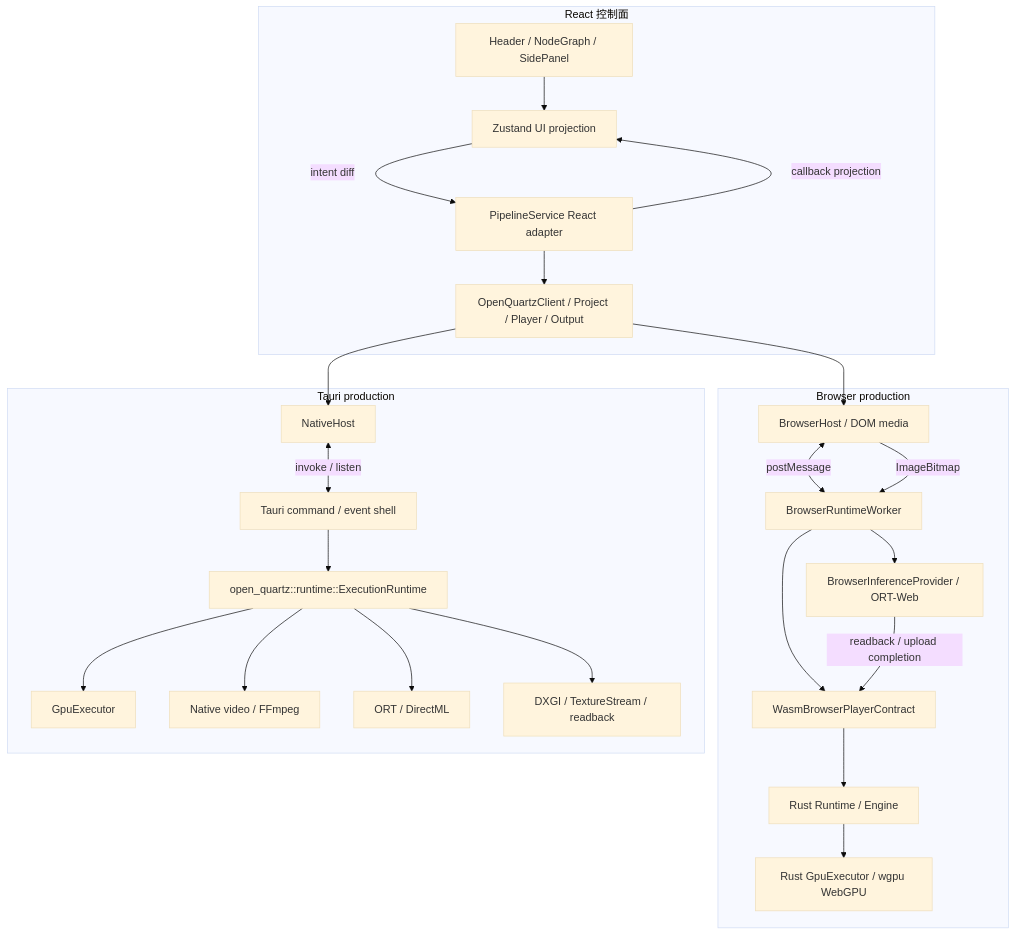
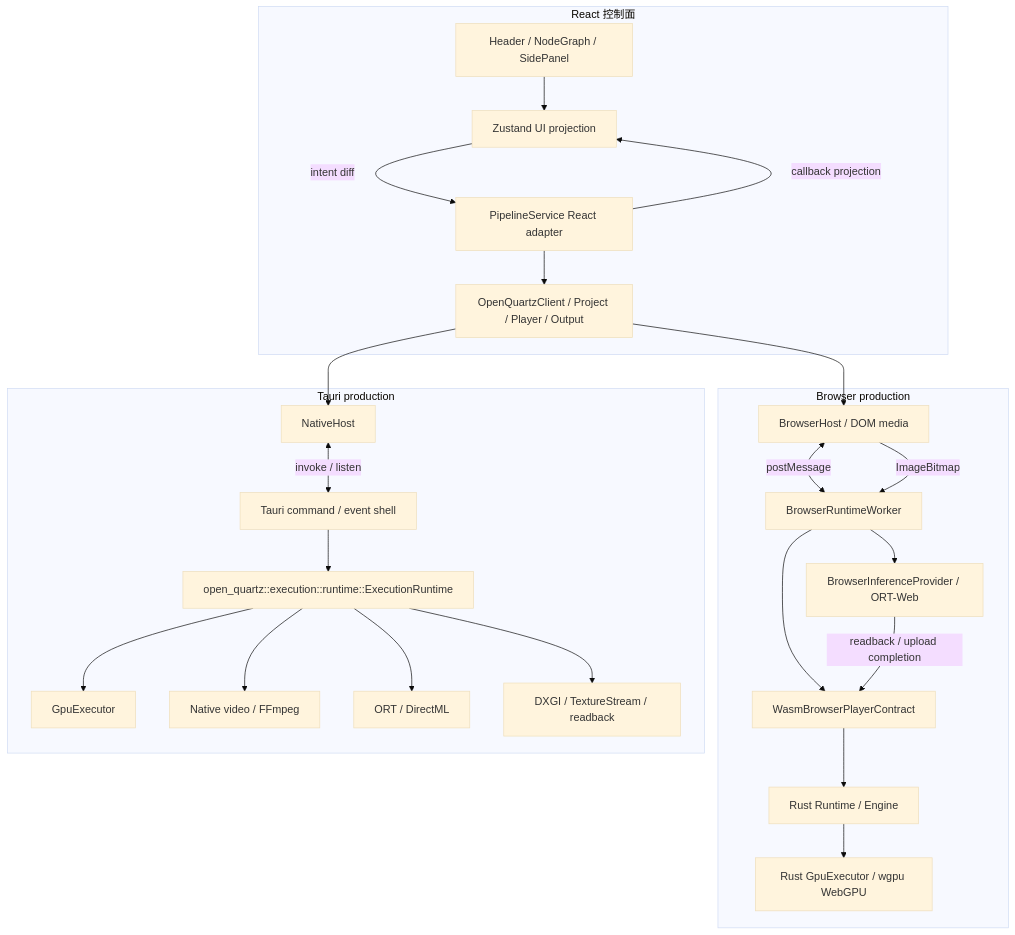
One commit to sanitor/open_quartz changed the second of 12 diagrams in docs/DESIGN.md. Above: the diagram before and after it, drawn with Mermaid (base theme). The commit also changed other lines of this file and 383 other files, not shown here.

````diff
--- a/docs/DESIGN.md
+++ b/docs/DESIGN.md
@@ -195,46 +188,46 @@
 ```mermaid
 flowchart TB
     subgraph UI[React 控制面]
         Components[Header / NodeGraph / SidePanel]
         Store[Zustand UI projection]
         Service[PipelineService React adapter]
         TSApi[OpenQuartzClient / Project / Player / Output]
         Components --> Store
         Store -->|intent diff| Service
         Service --> TSApi
         Service -->|callback projection| Store
     end
 
     subgraph Browser[Browser production]
         BHost[BrowserHost / DOM media]
         Worker[BrowserRuntimeWorker]
         WasmPlayer[WasmBrowserPlayerContract]
         RustPlayer[Rust Runtime / Engine]
         RustGpu[Rust GpuExecutor / wgpu WebGPU]
         OrtWeb[BrowserInferenceProvider / ORT-Web]
         BHost <-->|postMessage| Worker
         BHost -->|ImageBitmap| Worker
         Worker --> WasmPlayer --> RustPlayer --> RustGpu
         Worker --> OrtWeb
         OrtWeb -->|readback / upload completion| WasmPlayer
     end
 
     subgraph Native[Tauri production]
         NHost[NativeHost]
         Tauri[Tauri command / event shell]
-        NRuntime[open_quartz::runtime::ExecutionRuntime]
+        NRuntime[open_quartz::execution::runtime::ExecutionRuntime]
         NGpu[GpuExecutor]
         NMedia[Native video / FFmpeg]
         NOnnx[ORT / DirectML]
         NPresent[DXGI / TextureStream / readback]
         NHost <-->|invoke / listen| Tauri
         Tauri --> NRuntime
         NRuntime --> NGpu
         NRuntime --> NMedia
         NRuntime --> NOnnx
         NRuntime --> NPresent
     end
 
     TSApi --> BHost
     TSApi --> NHost
 ```
````
